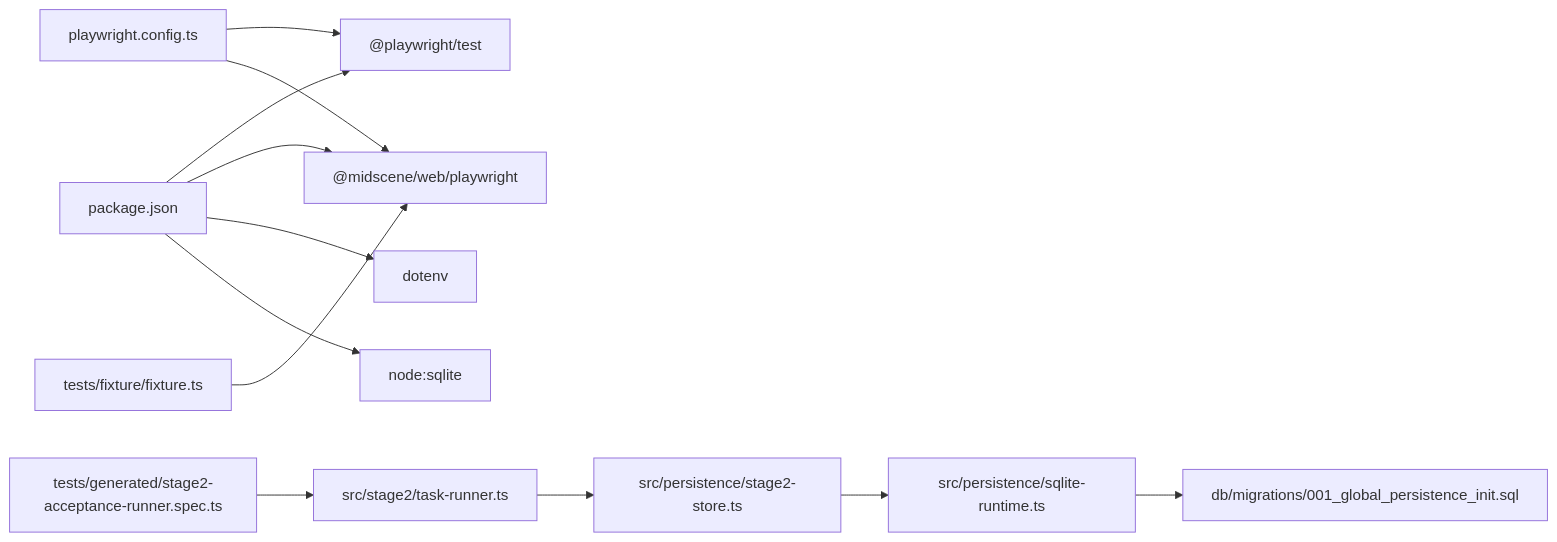
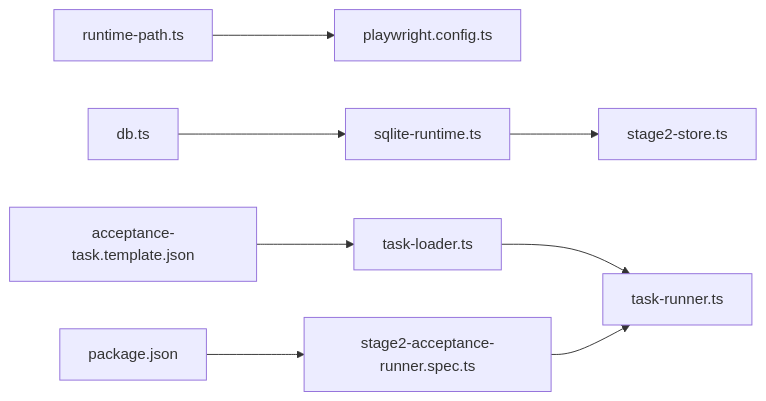
The eighth of 8 diagrams in .qoder/repowiki/zh/content/项目概述.md (Jiane-EJ/playwright-mind), drawn with Mermaid before and after one commit. The commit also changed other lines of this file and 151 other files, not shown here.

````diff
--- a/.qoder/repowiki/zh/content/项目概述.md
+++ b/.qoder/repowiki/zh/content/项目概述.md
@@ -304,14 +390,10 @@
 ```mermaid
 graph LR
-PKG["package.json"] --> PW["@playwright/test"]
-PKG --> MS["@midscene/web/playwright"]
-PKG --> DOT["dotenv"]
-PKG --> NODESQL["node:sqlite"]
-CFG["playwright.config.ts"] --> PW
-CFG --> MS
-FIX["tests/fixture/fixture.ts"] --> MS
-SPEC["tests/generated/stage2-acceptance-runner.spec.ts"] --> RUNNER["src/stage2/task-runner.ts"]
-RUNNER --> STORE["src/persistence/stage2-store.ts"]
-STORE --> SQLITE["src/persistence/sqlite-runtime.ts"]
-SQLITE --> MIG["db/migrations/001_global_persistence_init.sql"]
+RT["runtime-path.ts"] --> PW["playwright.config.ts"]
+DBF["db.ts"] --> SR["sqlite-runtime.ts"]
+SR --> S2S["stage2-store.ts"]
+TL["task-loader.ts"] --> TR["task-runner.ts"]
+TJ["acceptance-task.template.json"] --> TL
+SPEC["stage2-acceptance-runner.spec.ts"] --> TR
+PKG["package.json"] --> SPEC
 ```
````
